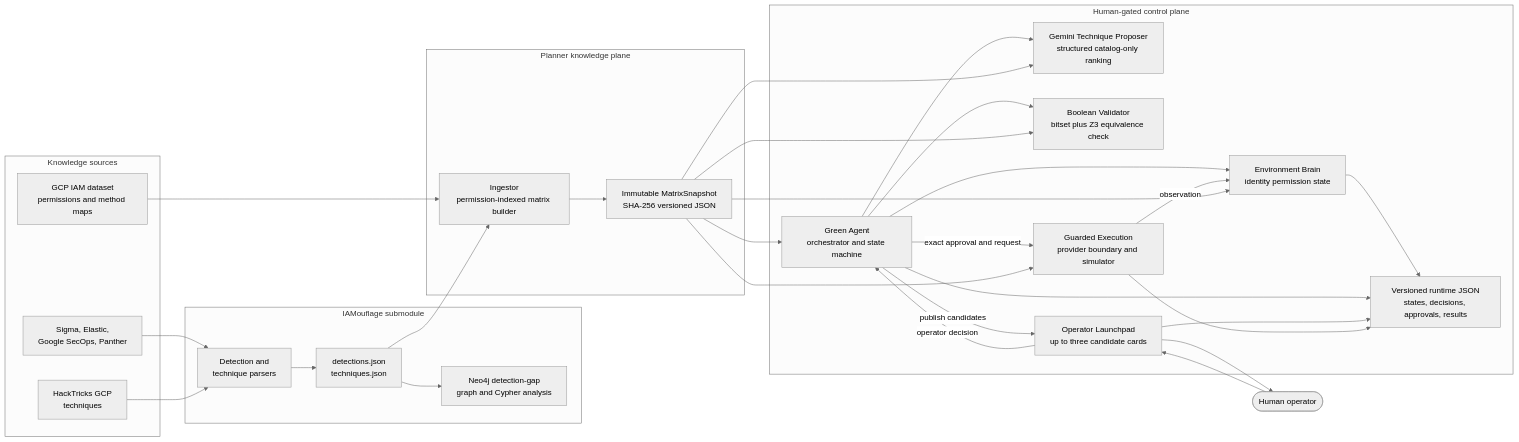
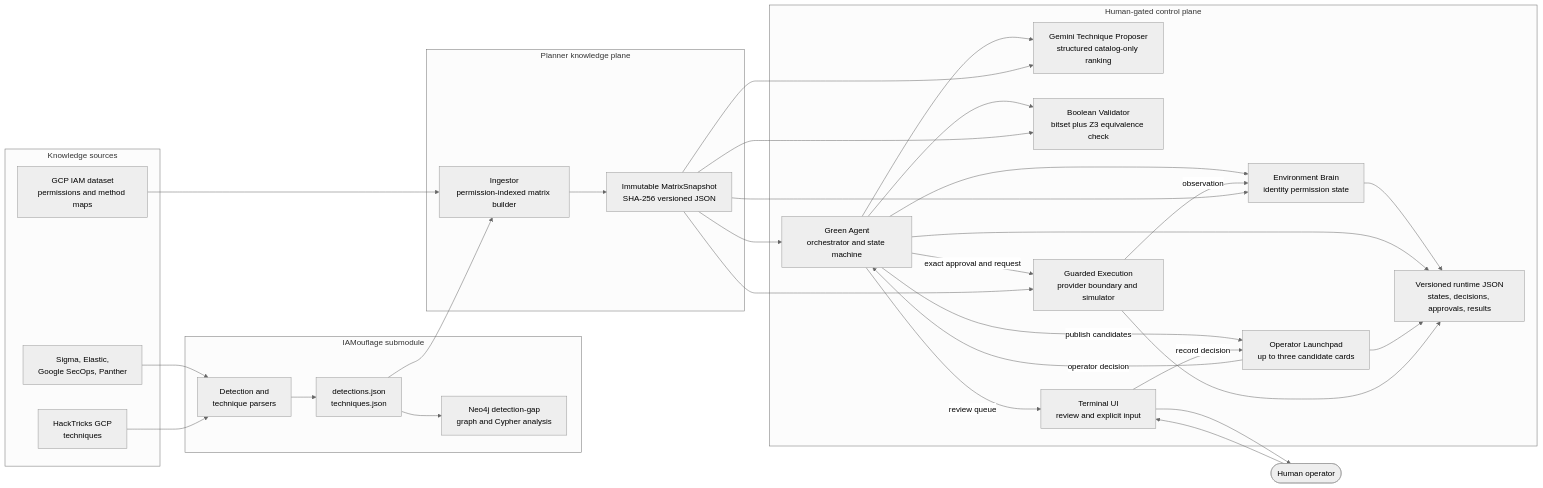
One commit to moabid42/Verisentinel changed the first of 2 diagrams in code/README.md. Above: the diagram before and after it, drawn with Mermaid (neutral theme). The commit also changed other lines of this file and 8 other files, not shown here.

````diff
--- a/code/README.md
+++ b/code/README.md
@@ -18,55 +18,58 @@
 ```mermaid
 flowchart LR
     subgraph Sources[Knowledge sources]
         IAMData["GCP IAM dataset<br/>permissions and method maps"]
         RuleCorpora["Sigma, Elastic,<br/>Google SecOps, Panther"]
         Techniques["HackTricks GCP<br/>techniques"]
     end
 
     subgraph IAMouflageProject[IAMouflage submodule]
         IAMParser["Detection and<br/>technique parsers"]
         Graph["Neo4j detection-gap<br/>graph and Cypher analysis"]
         Exports["detections.json<br/>techniques.json"]
         IAMParser --> Exports --> Graph
     end
 
     subgraph KnowledgePlane[Planner knowledge plane]
         Ingestor["Ingestor<br/>permission-indexed matrix builder"]
         Snapshot["Immutable MatrixSnapshot<br/>SHA-256 versioned JSON"]
         Ingestor --> Snapshot
     end
 
     subgraph ControlPlane[Human-gated control plane]
         Green["Green Agent<br/>orchestrator and state machine"]
         Environment["Environment Brain<br/>identity permission state"]
         Proposer["Gemini Technique Proposer<br/>structured catalog-only ranking"]
         Validator["Boolean Validator<br/>bitset plus Z3 equivalence check"]
         Launchpad["Operator Launchpad<br/>up to three candidate cards"]
+        Terminal["Terminal UI<br/>review and explicit input"]
         Execution["Guarded Execution<br/>provider boundary and simulator"]
         Runtime["Versioned runtime JSON<br/>states, decisions, approvals, results"]
 
         Green --> Environment
         Green --> Proposer
         Green --> Validator
         Green -->|publish candidates| Launchpad
+        Green -->|review queue| Terminal
+        Terminal -->|record decision| Launchpad
         Launchpad -->|operator decision| Green
         Green -->|exact approval and request| Execution
         Execution -->|observation| Environment
         Environment --> Runtime
         Green --> Runtime
         Launchpad --> Runtime
         Execution --> Runtime
     end
 
     RuleCorpora --> IAMParser
     Techniques --> IAMParser
     IAMData --> Ingestor
     Exports --> Ingestor
     Snapshot --> Green
     Snapshot --> Environment
     Snapshot --> Proposer
     Snapshot --> Validator
     Snapshot --> Execution
-    Operator([Human operator]) --> Launchpad
-    Launchpad --> Operator
+    Operator([Human operator]) --> Terminal
+    Terminal --> Operator
 ```
````
